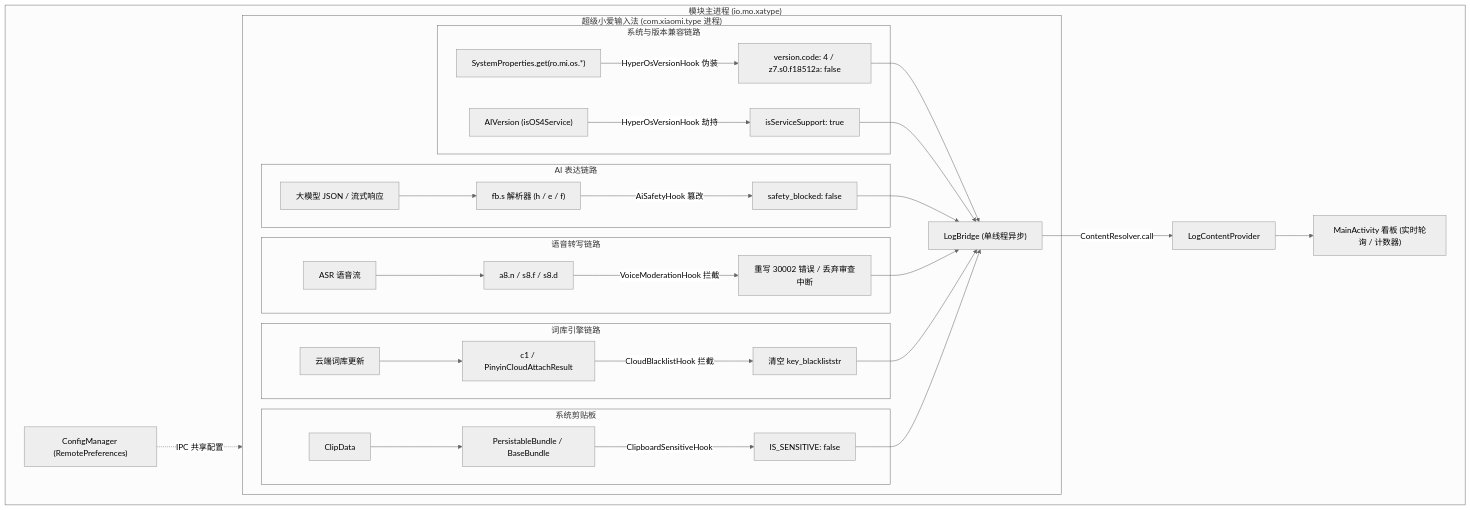
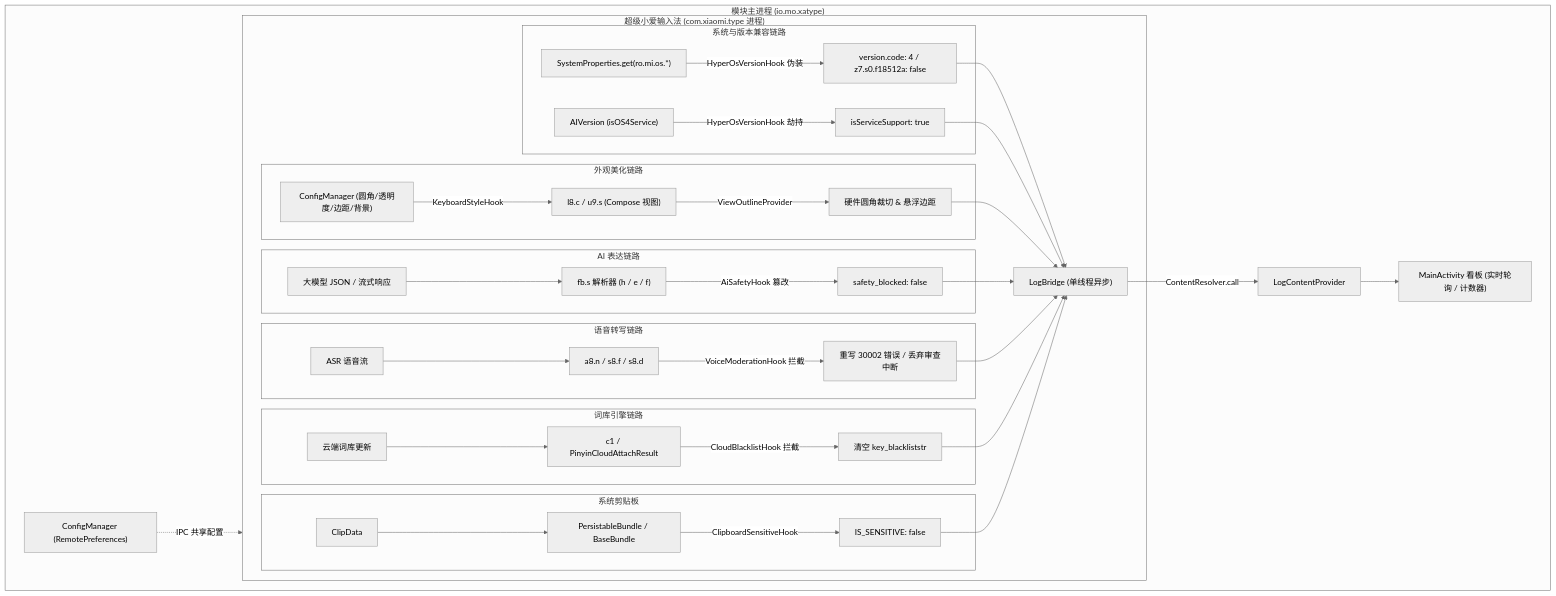
Before and after one commit to lm060719/XiaoAiTypeUnblock: the second of 2 diagrams in README.md, drawn with Mermaid (neutral theme). The commit also changed other lines of this file and 9 other files, not shown here.

````diff
--- a/README.md
+++ b/README.md
@@ -87,37 +96,42 @@
 ```mermaid
 graph TD
     subgraph TargetApp["超级小爱输入法 (com.xiaomi.type 进程)"]
         subgraph OS["系统与版本兼容链路"]
             SYSPROP["SystemProperties.get(ro.mi.os.*)"] -->|HyperOsVersionHook 伪装| OS_PASS["version.code: 4 / z7.s0.f18512a: false"]
             AIVER["AIVersion (isOS4Service)"] -->|HyperOsVersionHook 劫持| AI_SERVICE_PASS["isServiceSupport: true"]
+        end
+
+        subgraph Style["外观美化链路"]
+            STYLE_CONF["ConfigManager (圆角/透明度/边距/背景)"] -->|KeyboardStyleHook| ROOT_VIEW["l8.c / u9.s (Compose 视图)"]
+            ROOT_VIEW -->|ViewOutlineProvider| CORNER_CLIP["硬件圆角裁切 & 悬浮边距"]
         end
 
         subgraph AI["AI 表达链路"]
             LLM_RESP["大模型 JSON / 流式响应"] --> FBS["fb.s 解析器 (h / e / f)"]
             FBS -->|AiSafetyHook 篡改| AI_CLEAN["safety_blocked: false"]
         end
 
         subgraph Voice["语音转写链路"]
             ASR_IN["ASR 语音流"] --> MICLAW["a8.n / s8.f / s8.d"]
             MICLAW -->|VoiceModerationHook 拦截| VOICE_PASS["重写 30002 错误 / 丢弃审查中断"]
         end
 
         subgraph Cloud["词库引擎链路"]
             CLOUD_REQ["云端词库更新"] --> ENGINE["c1 / PinyinCloudAttachResult"]
             ENGINE -->|CloudBlacklistHook 拦截| CLOUD_CLEAN["清空 key_blackliststr"]
         end
 
         subgraph Clip["系统剪贴板"]
             SYS_CLIP["ClipData"] --> BUNDLE["PersistableBundle / BaseBundle"]
             BUNDLE -->|ClipboardSensitiveHook| CLIP_PASS["IS_SENSITIVE: false"]
         end
 
-        OS_PASS & AI_SERVICE_PASS & AI_CLEAN & VOICE_PASS & CLOUD_CLEAN & CLIP_PASS --> LOG_BRIDGE["LogBridge (单线程异步)"]
+        OS_PASS & AI_SERVICE_PASS & CORNER_CLIP & AI_CLEAN & VOICE_PASS & CLOUD_CLEAN & CLIP_PASS --> LOG_BRIDGE["LogBridge (单线程异步)"]
     end
 
     subgraph ModuleApp["模块主进程 (io.mo.xatype)"]
         LOG_BRIDGE -->|ContentResolver.call| PROVIDER["LogContentProvider"]
         PROVIDER --> UI["MainActivity 看板 (实时轮询 / 计数器)"]
         CONFIG["ConfigManager (RemotePreferences)"] -.->|IPC 共享配置| TargetApp
     end
 ```
````
